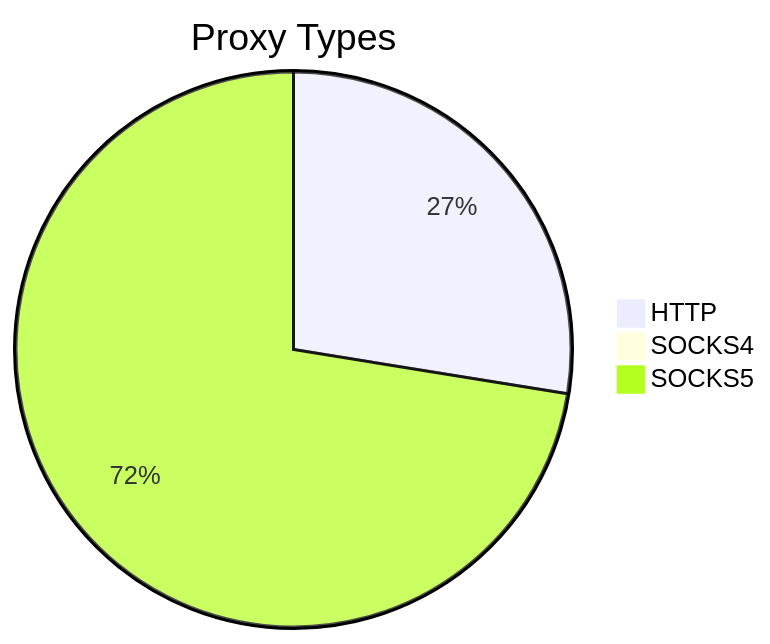
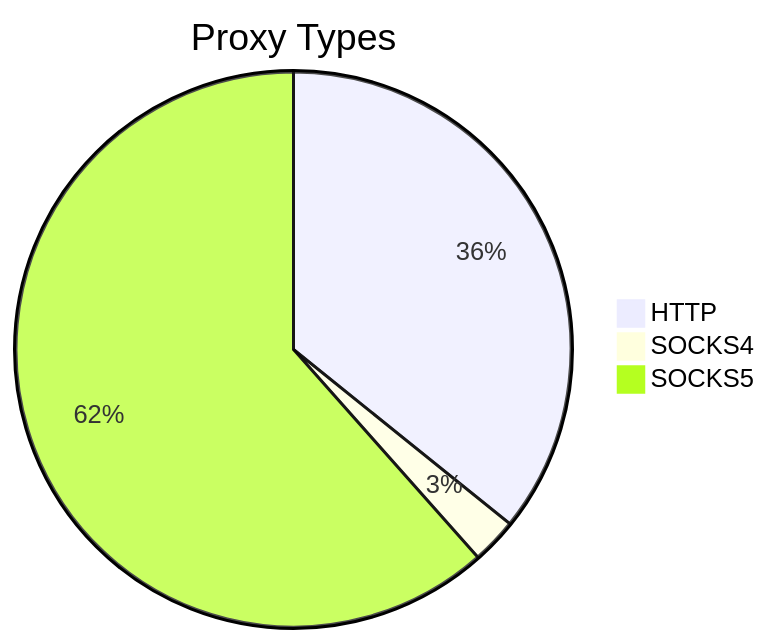
One commit to stormsia/proxy-list changed the first of 2 diagrams in README.md. Above: the diagram before and after it, drawn with Mermaid. The commit also changed other lines of this file, not shown here.

````diff
--- a/README.md
+++ b/README.md
@@ -21,6 +21,6 @@
 ```mermaid
 pie title Proxy Types
-    "HTTP" : 1157
-    "SOCKS4" : 28
-    "SOCKS5" : 3043
+    "HTTP" : 2250
+    "SOCKS4" : 167
+    "SOCKS5" : 3869
 ```
````
